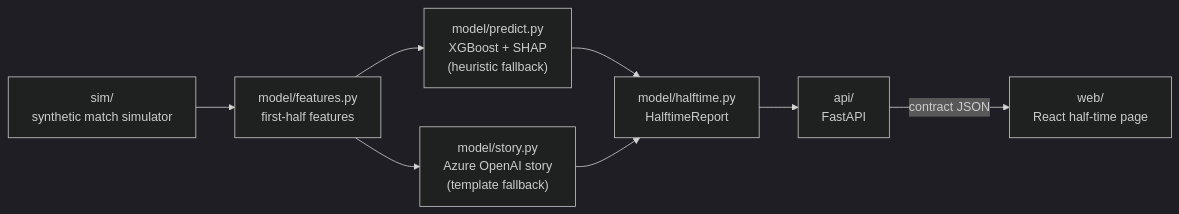
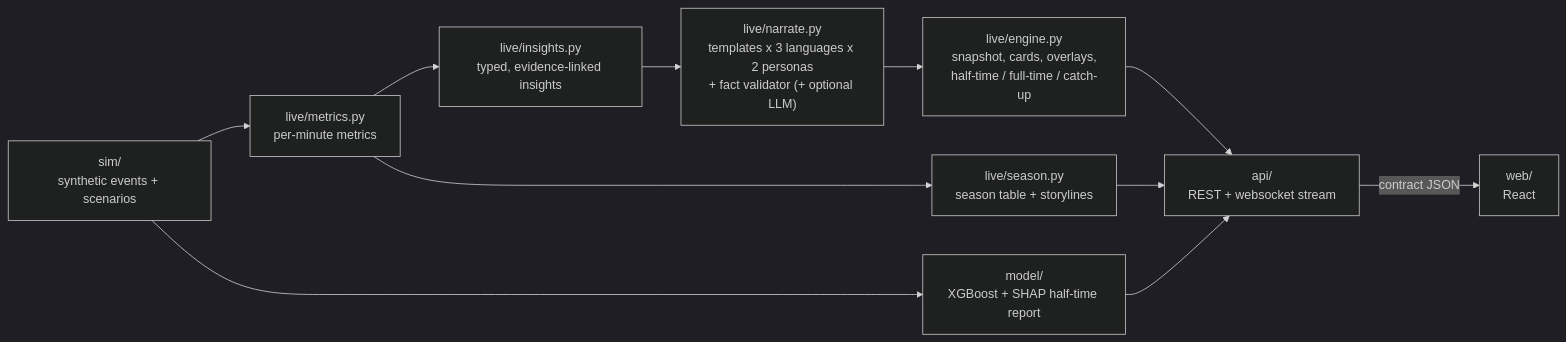
Before and after one commit to msyxhmx/Match-Room: the diagram in docs/architecture.md, drawn with Mermaid (dark theme). The commit also changed other lines of this file and 59 other files, not shown here.

First line of the commit message:
Add Match-Room Live engine: live, explained, personalised match intelligence

````diff
--- a/docs/architecture.md
+++ b/docs/architecture.md
@@ -6,10 +6,13 @@
 ```mermaid
 flowchart LR
-    S["sim/<br/>synthetic match simulator"] --> F["model/features.py<br/>first-half features"]
-    F --> P["model/predict.py<br/>XGBoost + SHAP<br/>(heuristic fallback)"]
-    F --> T["model/story.py<br/>Azure OpenAI story<br/>(template fallback)"]
-    P --> R["model/halftime.py<br/>HalftimeReport"]
-    T --> R
-    R --> A["api/<br/>FastAPI"]
-    A -->|"contract JSON"| W["web/<br/>React half-time page"]
+    S["sim/<br/>synthetic events + scenarios"] --> L["live/metrics.py<br/>per-minute metrics"]
+    L --> I["live/insights.py<br/>typed, evidence-linked insights"]
+    I --> N["live/narrate.py<br/>templates x 3 languages x 2 personas<br/>+ fact validator (+ optional LLM)"]
+    N --> E["live/engine.py<br/>snapshot, cards, overlays,<br/>half-time / full-time / catch-up"]
+    L --> SE["live/season.py<br/>season table + storylines"]
+    S --> F["model/<br/>XGBoost + SHAP half-time report"]
+    E --> A["api/<br/>REST + websocket stream"]
+    SE --> A
+    F --> A
+    A -->|"contract JSON"| W["web/<br/>React"]
 ```
````
